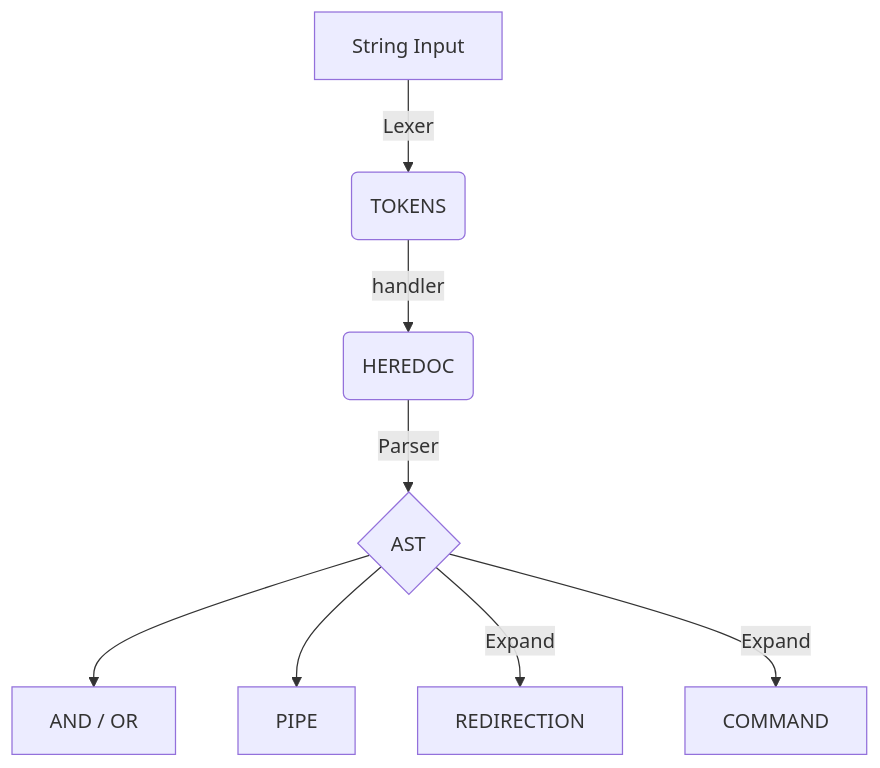
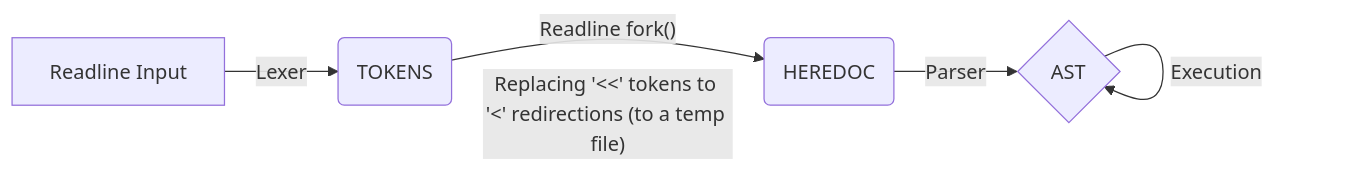
One commit to MykleR/minishell changed the diagram in README.md. Above: the diagram before and after it, drawn with Mermaid. The commit also changed other lines of this file, not shown here.

````diff
--- a/README.md
+++ b/README.md
@@ -102,10 +96,8 @@
 ```mermaid
-flowchart TD
-    A[String Input] -->|Lexer|B(TOKENS)
-    B -->|handler |G(HEREDOC)
+flowchart LR
+    A[Readline Input] -->|Lexer|B(TOKENS)
+    B -->|"Readline fork()" |G(HEREDOC)
+    G ~~~|"Replacing '<<' tokens to '<' redirections (to a temp file)"| B
     G -->|Parser |C{AST}
-    C --> D[AND / OR]
-    C --> E[PIPE]
-    C -->|Expand| F[REDIRECTION]
-    C -->|Expand| H[COMMAND]
+    C -->|Execution |C
 ```
````
